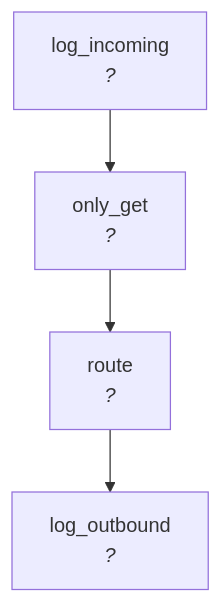
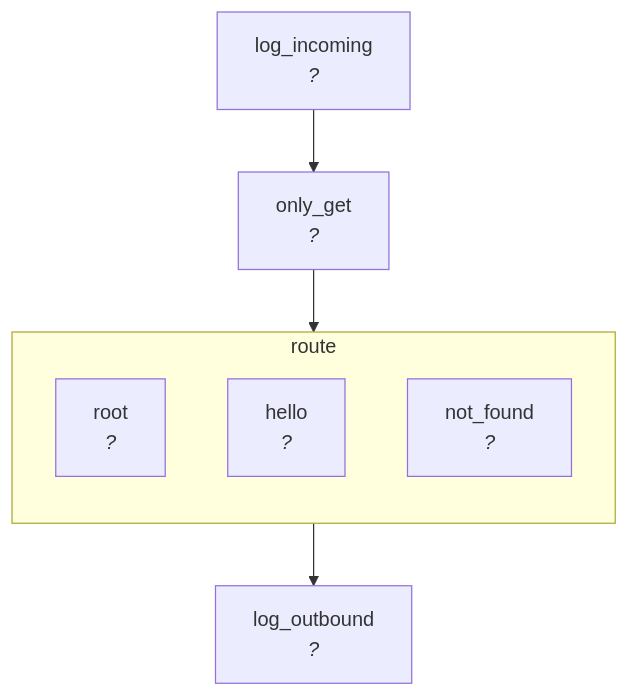
One commit to ValeriaVG/jigs changed the diagram in examples/http/map.md. Above: the diagram before and after it, drawn with Mermaid. The commit also changed 11 other files, not shown here.

````diff
--- a/examples/http/map.md
+++ b/examples/http/map.md
@@ -3,13 +3,21 @@
 ```mermaid
 flowchart TD
   log_incoming["log_incoming<br/><i>?</i>"]
   only_get["only_get<br/><i>?</i>"]
-  route["route<br/><i>?</i>"]
+  root["root<br/><i>?</i>"]
+  hello["hello<br/><i>?</i>"]
+  not_found["not_found<br/><i>?</i>"]
   log_outbound["log_outbound<br/><i>?</i>"]
 
 log_incoming --> only_get
 only_get --> route
 route --> log_outbound
+  subgraph route ["route"]
+    direction TB
+    root
+    hello
+    not_found
+  end
 
   %% shape legend: rect = Request → Request, rhombus = switching (Request → Response/Branch), stadium = Response → Response
 ```
````
